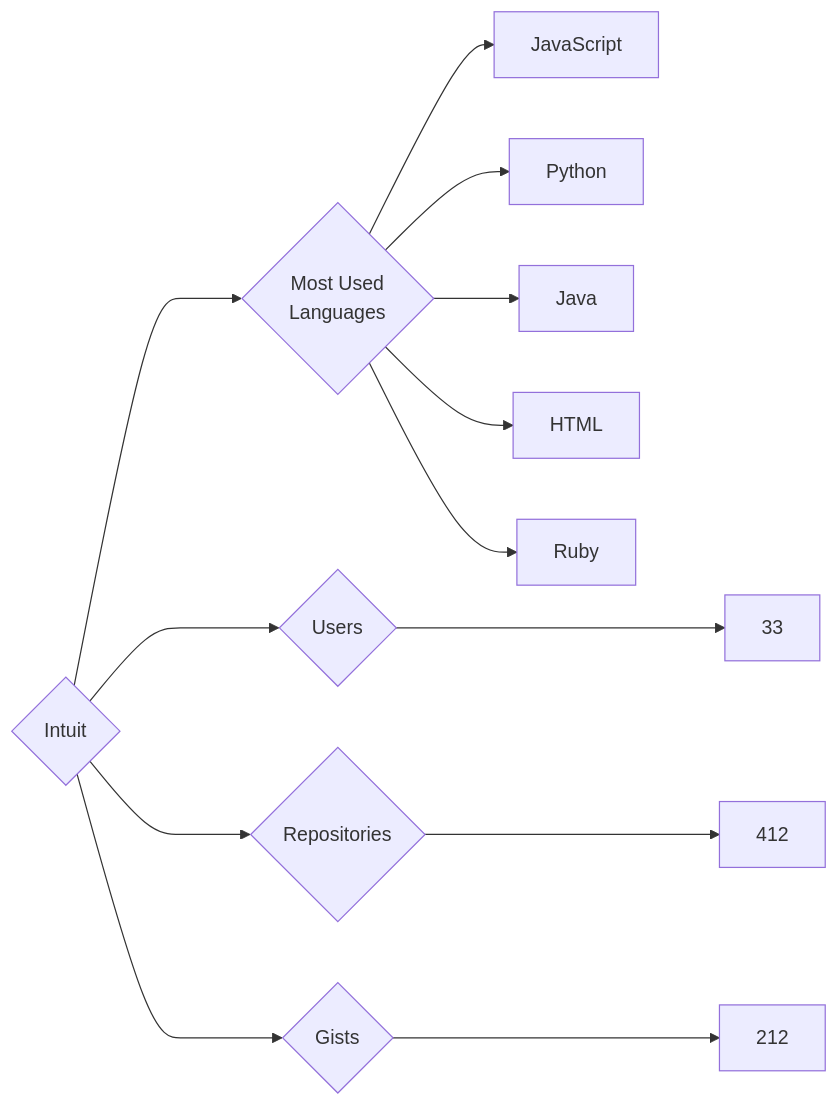
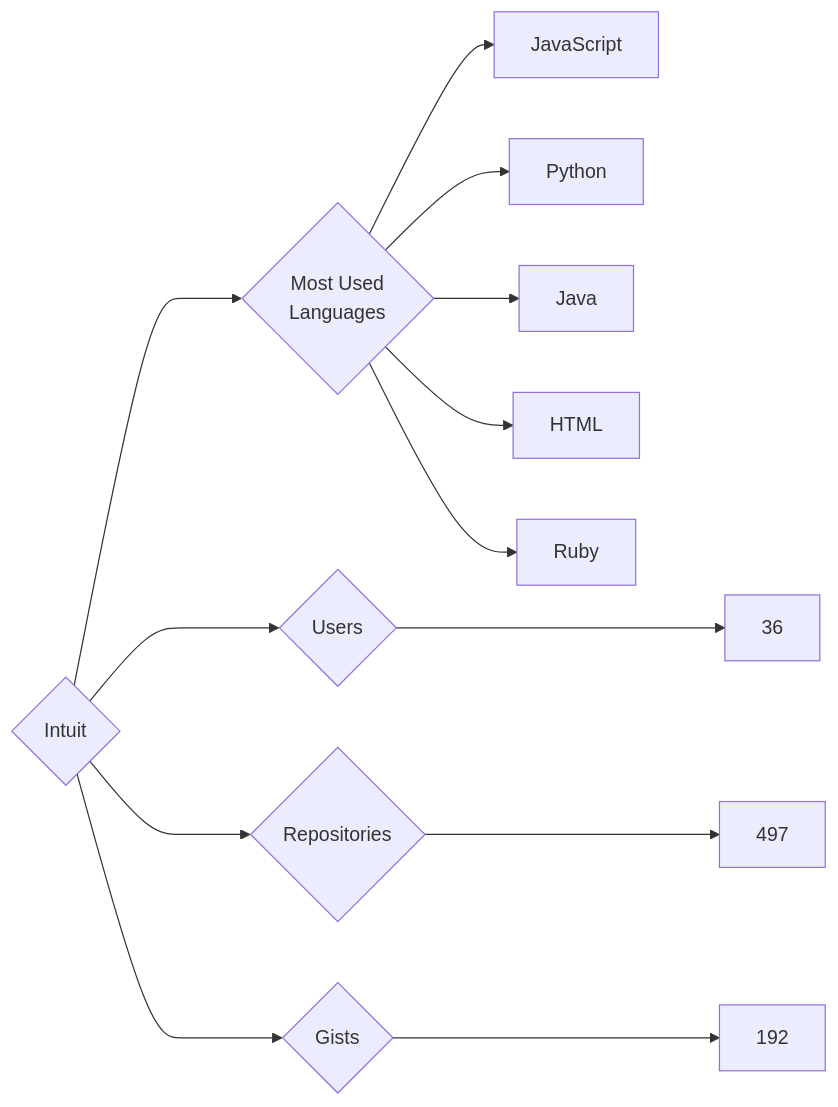
The diagram in targets/Intuit/README.md (trickest/insiders), drawn with Mermaid before and after one commit. The commit also changed 895 other files, not shown here.

````diff
--- a/targets/Intuit/README.md
+++ b/targets/Intuit/README.md
@@ -3,13 +3,13 @@
 ```mermaid
 graph LR
 COMPANY_NAME{Intuit}
-COMPANY_NAME ---> U{Users} ---> UN[33]
-COMPANY_NAME ---> R{Repositories} ---> RN[412]
-COMPANY_NAME ---> G{Gists} ---> GN[212]
+COMPANY_NAME ---> U{Users} ---> UN[36]
+COMPANY_NAME ---> R{Repositories} ---> RN[497]
+COMPANY_NAME ---> G{Gists} ---> GN[192]
 COMPANY_NAME ---> ML{Most Used<br>Languages}
 ML --> JavaScript[JavaScript]
 ML --> Python[Python]
 ML --> Java[Java]
 ML --> HTML[HTML]
 ML --> Ruby[Ruby]
 ```
````
